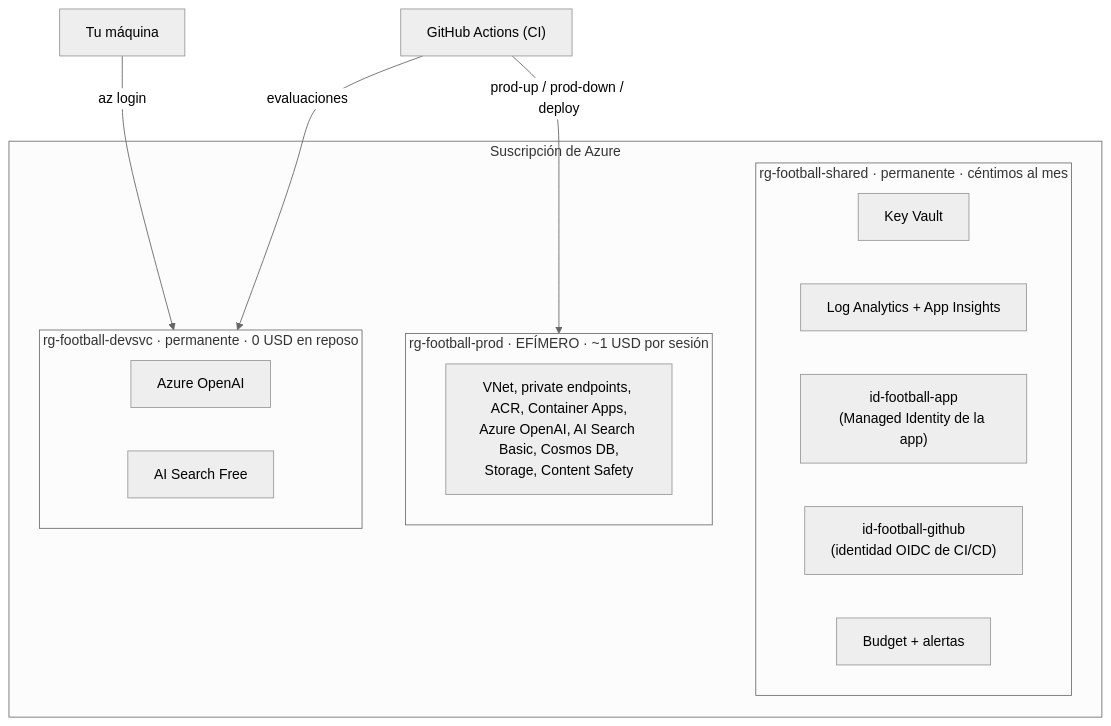
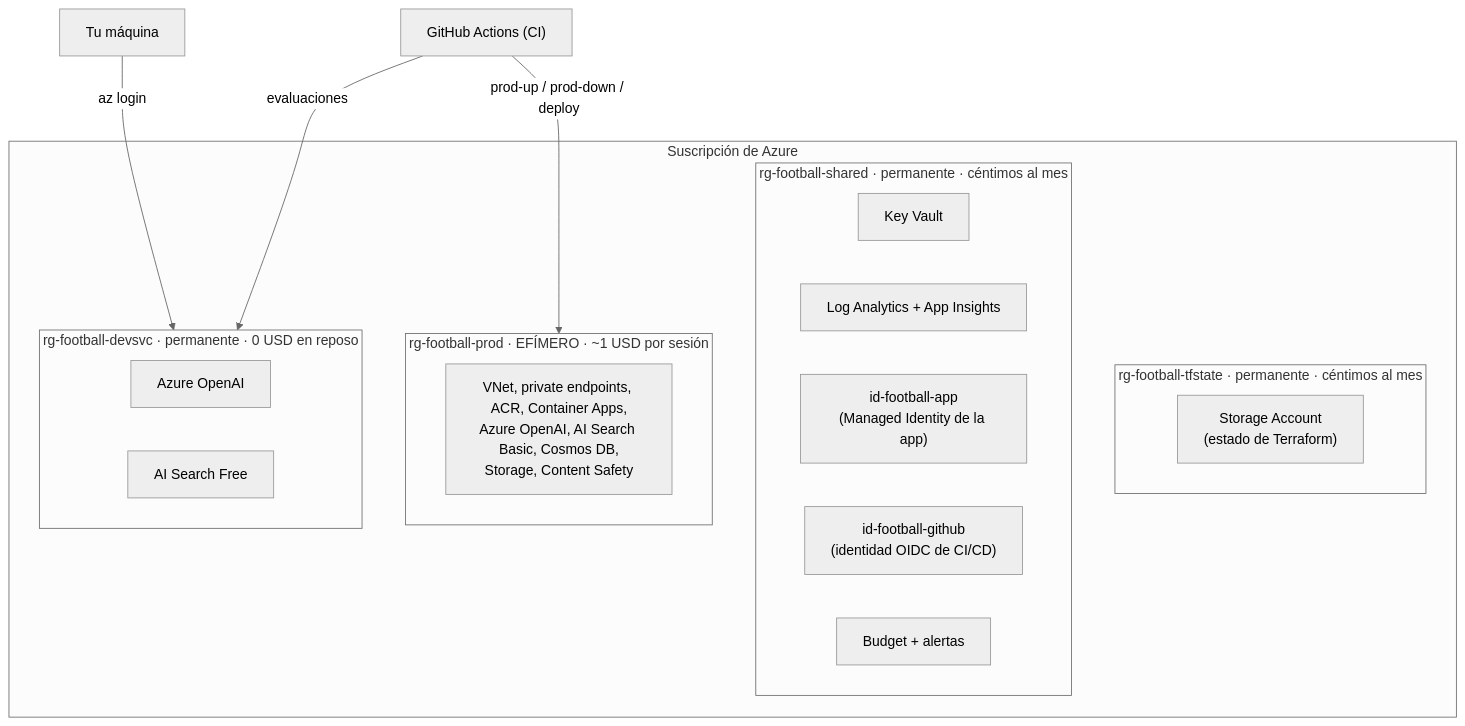
One commit to CRPA22/football-agent-project changed the third of 7 diagrams in PLAN.md. Above: the diagram before and after it, drawn with Mermaid (neutral theme). The commit also changed other lines of this file and 3 other files, not shown here.

````diff
--- a/PLAN.md
+++ b/PLAN.md
@@ -171,23 +171,26 @@
 ```mermaid
 flowchart TB
     subgraph sub["Suscripción de Azure"]
+        subgraph tfstate["rg-football-tfstate · permanente · céntimos al mes"]
+            st["Storage Account<br/>(estado de Terraform)"]
+        end
         subgraph shared["rg-football-shared · permanente · céntimos al mes"]
             kv["Key Vault"]
             log["Log Analytics + App Insights"]
             idapp["id-football-app<br/>(Managed Identity de la app)"]
             idgh["id-football-github<br/>(identidad OIDC de CI/CD)"]
             budget["Budget + alertas"]
         end
         subgraph devsvc["rg-football-devsvc · permanente · 0 USD en reposo"]
             aoaidev["Azure OpenAI"]
             srchdev["AI Search Free"]
         end
         subgraph prod["rg-football-prod · EFÍMERO · ~1 USD por sesión"]
             everything["VNet, private endpoints, ACR, Container Apps,<br/>Azure OpenAI, AI Search Basic, Cosmos DB,<br/>Storage, Content Safety"]
         end
     end
 
     local["Tu máquina"] -->|"az login"| devsvc
     ci["GitHub Actions (CI)"] -->|"evaluaciones"| devsvc
     ci -->|"prod-up / prod-down / deploy"| prod
 ```
````
